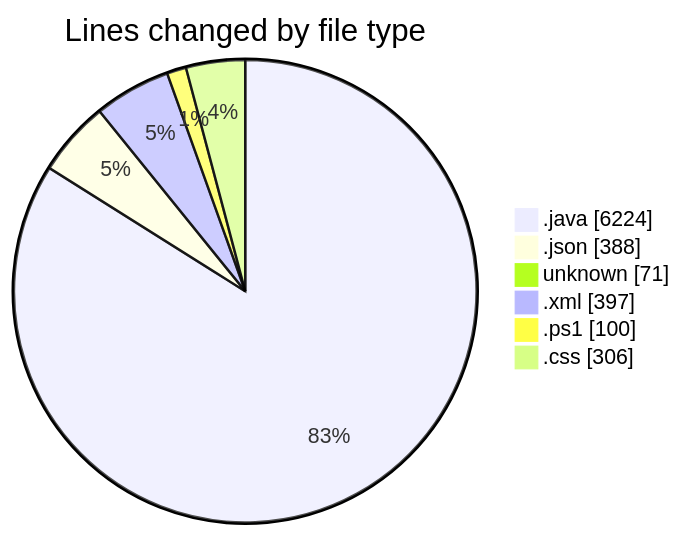
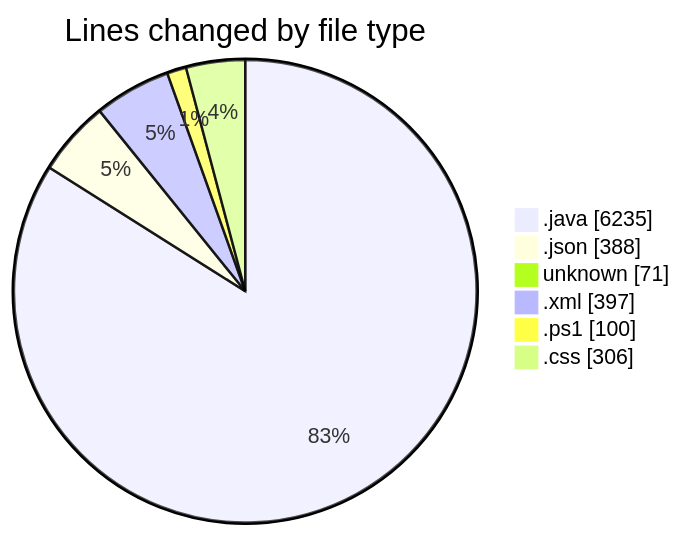
One commit to charlie-sans/code-tracking changed the first of 2 diagrams in 2025-02-25/micros/README.md. Above: the diagram before and after it, drawn with Mermaid. The commit also changed other lines of this file and 1 other file, not shown here.

````diff
--- a/2025-02-25/micros/README.md
+++ b/2025-02-25/micros/README.md
@@ -53,10 +53,10 @@
 ```mermaid
 pie showData
 title Lines changed by file type
-".java" : 6224
+".java" : 6235
 ".json" : 388
 "unknown" : 71
 ".xml" : 397
 ".ps1" : 100
 ".css" : 306
 ```
````
